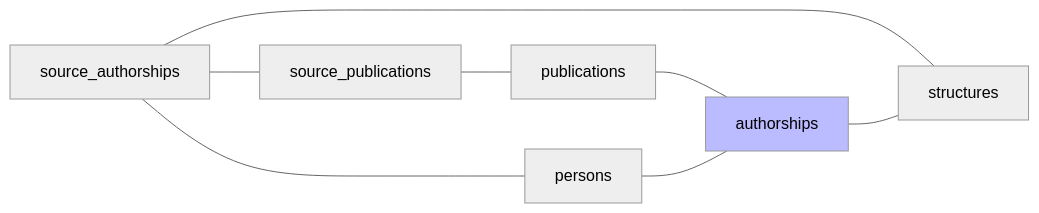
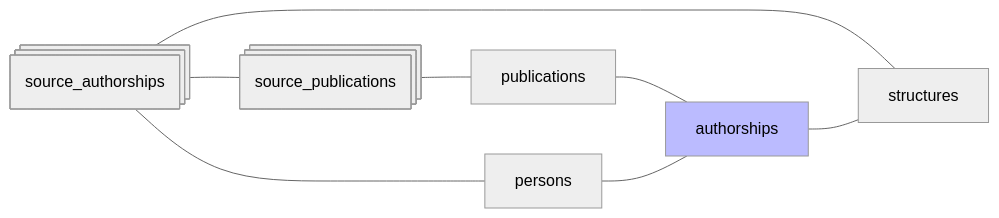
Before and after one commit to Y33sha/bibliometrie-uca: the diagram in docs/pipeline/07-authorships.md, drawn with Mermaid (neutral theme). The commit also changed other lines of this file and 12 other files, not shown here.

Commit message:
doc + schema

````diff
--- a/docs/pipeline/07-authorships.md
+++ b/docs/pipeline/07-authorships.md
@@ -3,12 +3,12 @@
 ```mermaid
 flowchart LR
-    F[source_authorships]---E
-    E[source_publications]---A
+    F@{shape: procs, label: "source_authorships"}---E
+    E@{shape: procs, label: "source_publications"}---A
     F---C
     F---D
     A[publications]---B[authorships]
     C[persons]---B
     B---D[structures]
     classDef new  fill:#bbf
     class B new;
 ```
````
